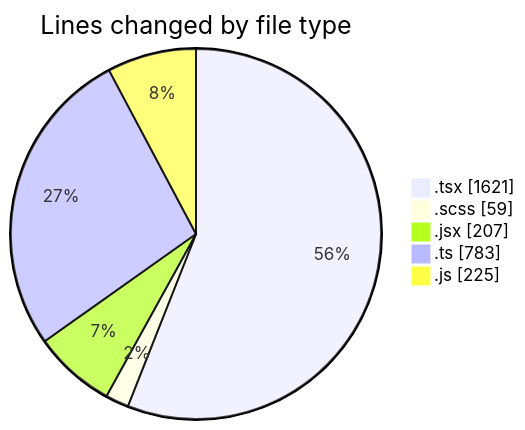
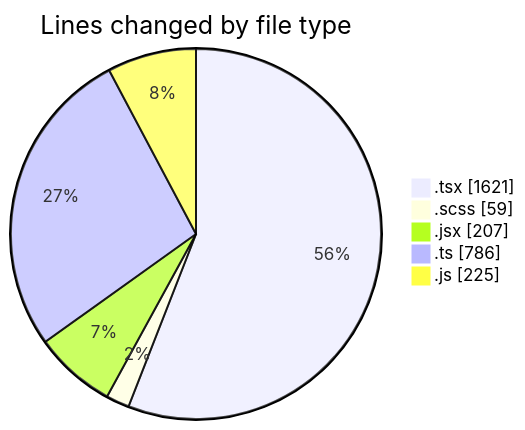
Before and after one commit to momahboobian/code-tracking: the first of 2 diagrams in 2026-07-23/cda/README.md, drawn with Mermaid. The commit also changed other lines of this file and 1 other file, not shown here.

````diff
--- a/2026-07-23/cda/README.md
+++ b/2026-07-23/cda/README.md
@@ -34,9 +34,9 @@
 ```mermaid
 pie showData
 title Lines changed by file type
 ".tsx" : 1621
 ".scss" : 59
 ".jsx" : 207
-".ts" : 783
+".ts" : 786
 ".js" : 225
 ```
````
